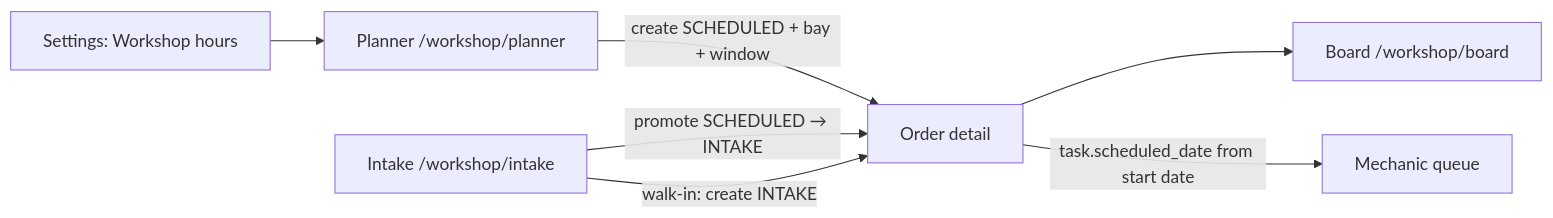
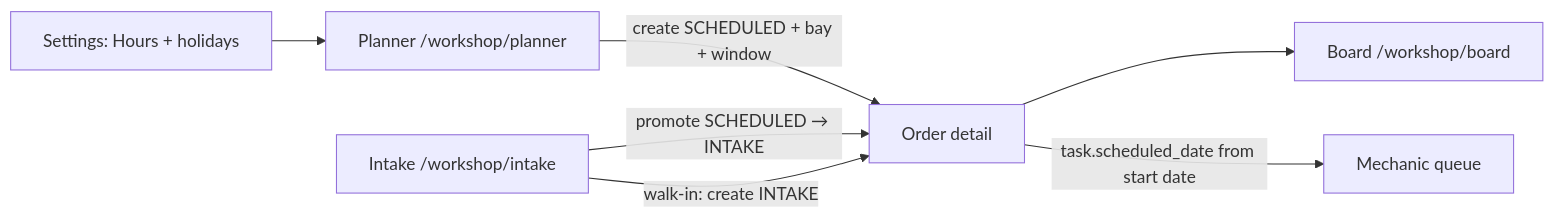
One commit to vandean25/auto-core-platform changed the diagram in docs/internal/02-Feature-Specs/Workshop/2026-08-21-workshop-planner-calendar.md. Above: the diagram before and after it, drawn with Mermaid. The commit also changed other lines of this file and 2 other files, not shown here.

First line of the commit message:
docs: add tenant holidays to workshop planner spec

````diff
--- a/docs/internal/02-Feature-Specs/Workshop/2026-08-21-workshop-planner-calendar.md
+++ b/docs/internal/02-Feature-Specs/Workshop/2026-08-21-workshop-planner-calendar.md
@@ -54,16 +55,16 @@
 ```mermaid
 flowchart LR
-  Hours["Settings: Workshop hours"]
+  Hours["Settings: Hours + holidays"]
   Planner["Planner /workshop/planner"]
   Intake["Intake /workshop/intake"]
   Orders["Order detail"]
   Board["Board /workshop/board"]
   Queue["Mechanic queue"]
 
   Hours --> Planner
   Planner -->|"create SCHEDULED + bay + window"| Orders
   Intake -->|"promote SCHEDULED → INTAKE"| Orders
   Intake -->|"walk-in: create INTAKE"| Orders
   Orders --> Board
   Orders -->|"task.scheduled_date from start date"| Queue
 ```
````
